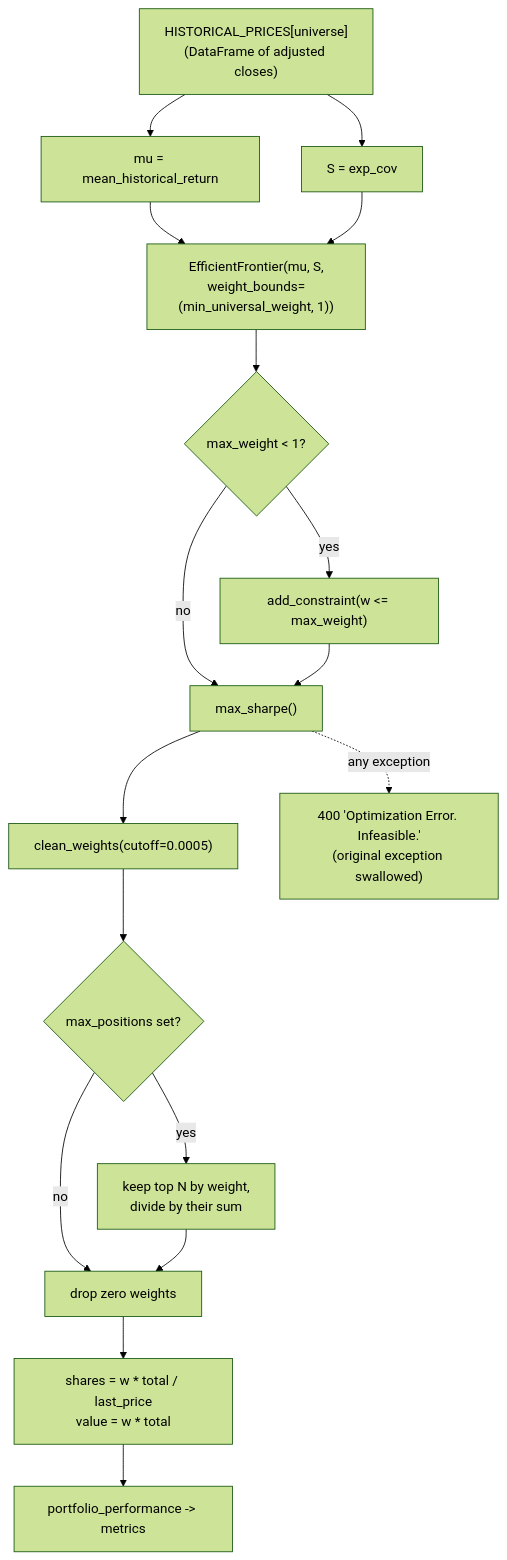
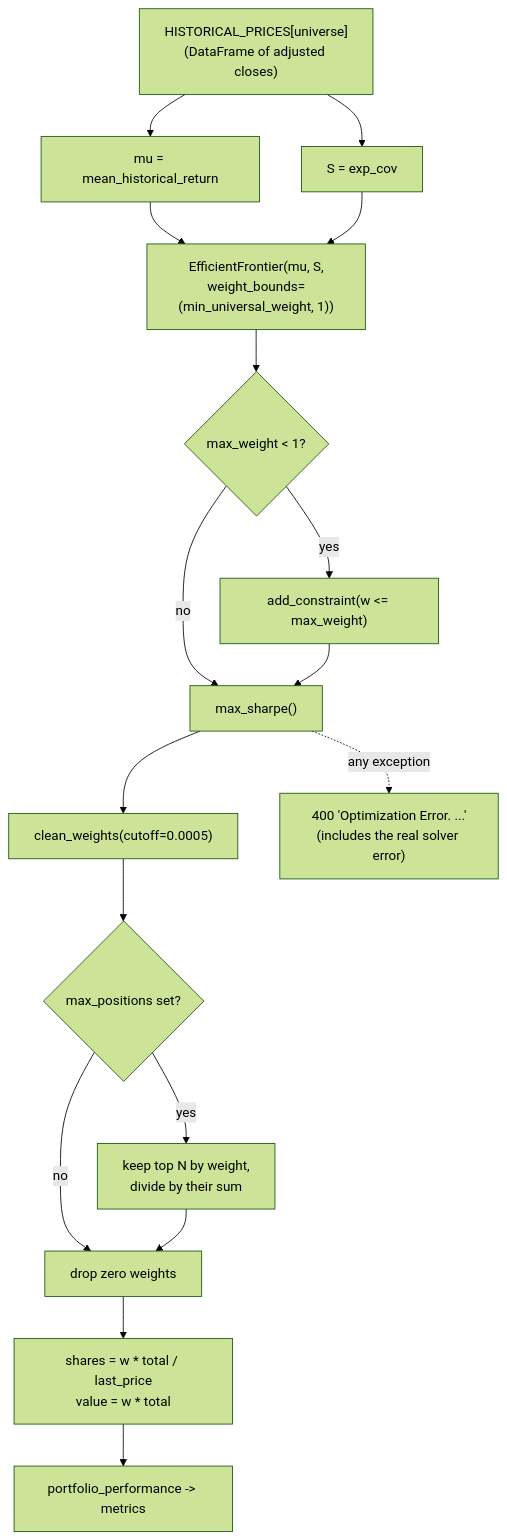
One commit to rramboer/WolvWealth changed the sixth of 10 diagrams in ARCHITECTURE.md. Above: the diagram before and after it, drawn with Mermaid (forest theme). The commit also changed other lines of this file and 7 other files, not shown here.

````diff
--- a/ARCHITECTURE.md
+++ b/ARCHITECTURE.md
@@ -272,19 +272,19 @@
 ```mermaid
 flowchart TD
     A["HISTORICAL_PRICES[universe]<br/>(DataFrame of adjusted closes)"] --> B["mu = mean_historical_return"]
     A --> C["S = exp_cov"]
     B --> D["EfficientFrontier(mu, S,<br/>weight_bounds=(min_universal_weight, 1))"]
     C --> D
     D --> E{"max_weight < 1?"}
     E -- yes --> F["add_constraint(w <= max_weight)"]
     E -- no --> G
     F --> G["max_sharpe()"]
     G --> H["clean_weights(cutoff=0.0005)"]
     H --> I{"max_positions set?"}
     I -- yes --> J["keep top N by weight,<br/>divide by their sum"]
     I -- no --> K
     J --> K["drop zero weights"]
     K --> L["shares = w * total / last_price<br/>value = w * total"]
     L --> M["portfolio_performance -> metrics"]
-    G -. "any exception" .-> X["400 'Optimization Error. Infeasible.'<br/>(original exception swallowed)"]
+    G -. "any exception" .-> X["400 'Optimization Error. ...'<br/>(includes the real solver error)"]
 ```
````
